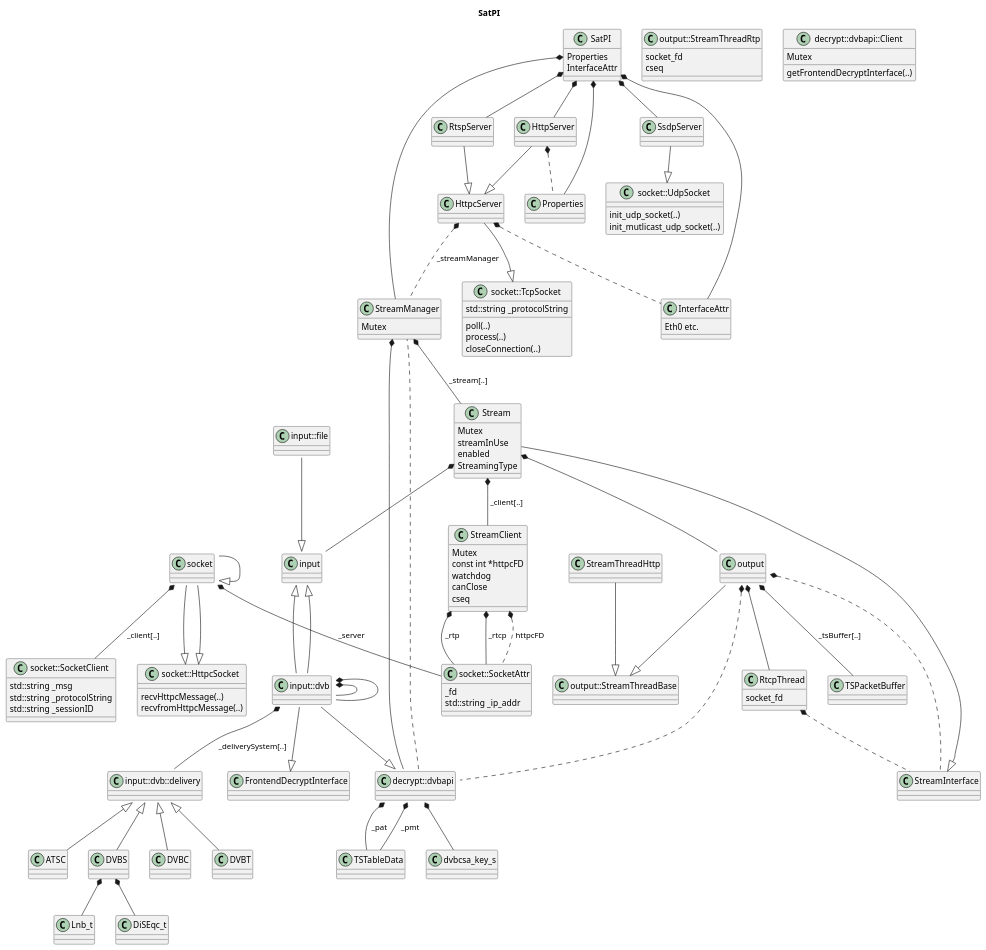
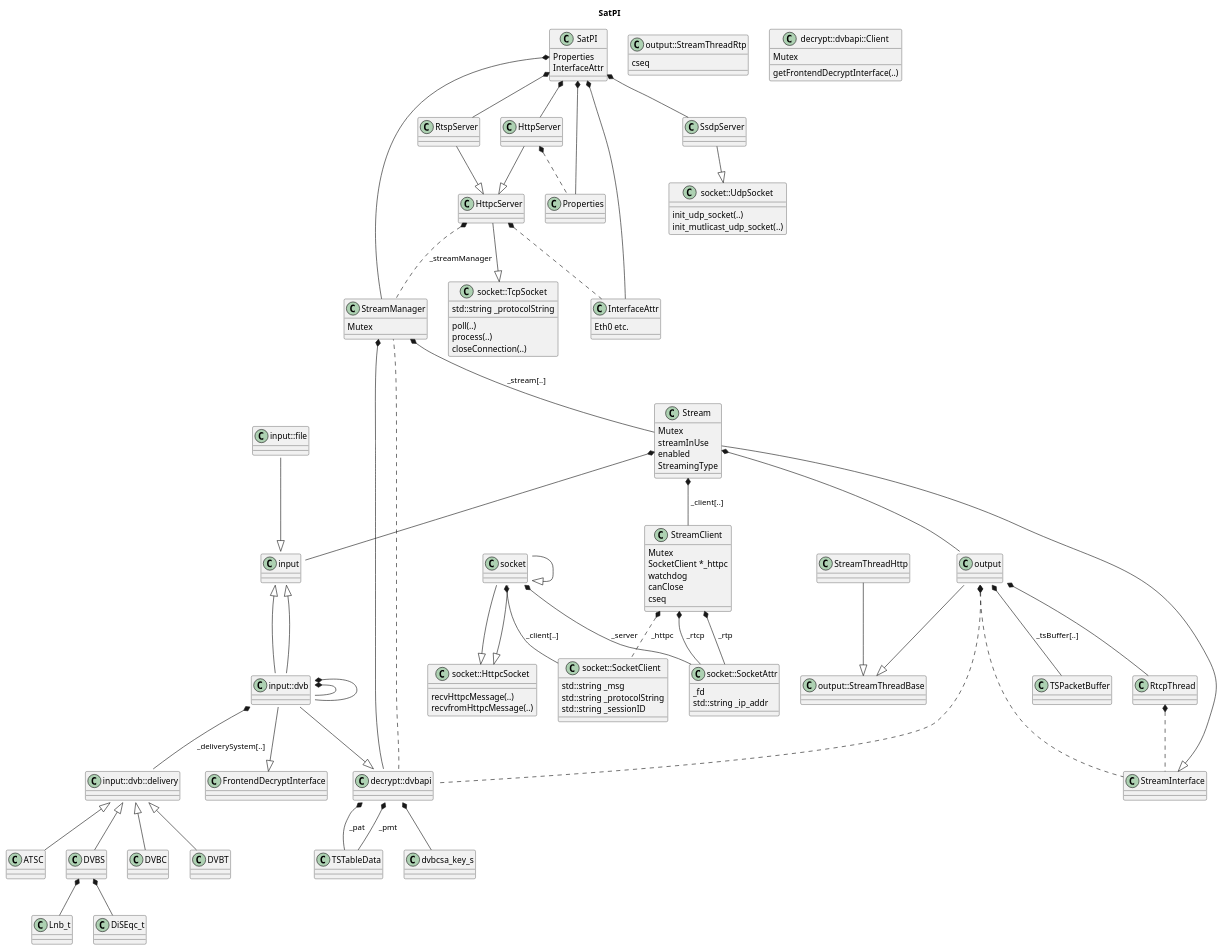
The diagram in SatPI.plantuml (Barracuda09/SATPI), drawn with PlantUML before and after one commit. The commit also changed 47 other files, not shown here.

```diff
--- a/SatPI.plantuml
+++ b/SatPI.plantuml
@@ -1,150 +1,148 @@
 @startuml
 
 hide footbox
 
 title SatPI
 
 SatPI *-- StreamManager
 SatPI *-- RtspServer
 SatPI *-- HttpServer
 SatPI *-- SsdpServer
 SatPI *-- Properties
 SatPI *-- InterfaceAttr
 
 
 class SatPI {
   Properties
   InterfaceAttr
 }
 
 class InterfaceAttr {
   Eth0 etc.
 }
 
 class socket::HttpcSocket {
   recvHttpcMessage(..)
   recvfromHttpcMessage(..)
 }
 
 socket::SocketClient --|> socket::SocketAttr
 class socket::SocketClient {
   std::string _msg
   std::string _protocolString
   std::string _sessionID
 }
 
 class socket::SocketAttr {
   _fd
   std::string _ip_addr
 }
 
 socket::TcpSocket --|> socket::HttpcSocket
 socket::TcpSocket *-- socket::SocketAttr : "_server"
 socket::TcpSocket *-- socket::SocketClient : "_client[..]"
 class socket::TcpSocket {
   poll(..)
   process(..)
   closeConnection(..)
   std::string _protocolString
 }
 
 socket::UdpSocket --|> socket::HttpcSocket
 class socket::UdpSocket {
   init_udp_socket(..)
   init_mutlicast_udp_socket(..)
 }
 
 SsdpServer --|> socket::UdpSocket
 
 RtspServer --|> HttpcServer
 
 HttpServer --|> HttpcServer
 HttpServer *.. Properties
 
 HttpcServer --|> socket::TcpSocket
 HttpcServer *.. StreamManager : "_streamManager"
 HttpcServer *.. InterfaceAttr
 
 Stream --|> StreamInterface
 Stream *-- StreamClient : " _client[..] "
 Stream *-- input::Device
 Stream *-- output::StreamThreadBase
 class Stream {
   Mutex
   streamInUse
   enabled
   StreamingType
 }
 
 StreamManager *-- Stream : " _stream[..] "
 StreamManager *-- decrypt::dvbapi::Client
 class StreamManager {
   Mutex
 }
 
 StreamClient *-- socket::SocketAttr : " _rtp "
 StreamClient *-- socket::SocketAttr : " _rtcp "
-StreamClient *.. socket::SocketAttr : " httpcFD "
+StreamClient *.. socket::SocketClient : " _httpc "
 class StreamClient {
   Mutex
-  const int *httpcFD
+  SocketClient *_httpc
   watchdog
   canClose
   cseq
 }
 
 output::StreamThreadBase *.. decrypt::dvbapi::Client
 output::StreamThreadBase *-- TSPacketBuffer : " _tsBuffer[..] "
 output::StreamThreadBase *.. StreamInterface
 class output::StreamThreadBase {
 }
 
 
 output::StreamThreadRtp --|> output::StreamThreadBase
 output::StreamThreadRtp *-- RtcpThread
 class output::StreamThreadRtp {
-  socket_fd
   cseq
 }
 
 RtcpThread *.. StreamInterface
 class RtcpThread {
-  socket_fd
 }
 
 StreamThreadHttp --|> output::StreamThreadBase
 
 decrypt::dvbapi::Client  .  StreamManager
 class decrypt::dvbapi::Client {
   Mutex
   getFrontendDecryptInterface(..)
 }
 
 input::file::TSReader --|> input::Device
 
 input::Device <|-- input::dvb::Frontend
 
 input::dvb::Frontend --|> FrontendDecryptInterface
 input::dvb::Frontend *-- input::dvb::delivery::System : " _deliverySystem[..] "
 input::dvb::Frontend *-- input::dvb::FrontendData
 
 
 input::dvb::delivery::System <|-- DVBS
 input::dvb::delivery::System <|-- DVBC
 input::dvb::delivery::System <|-- DVBT
 input::dvb::delivery::System <|-- ATSC
 
 
 DVBS *-- Lnb_t
 DVBS *-- DiSEqc_t
 
 decrypt::dvbapi::ClientProperties *-- dvbcsa_key_s
 decrypt::dvbapi::ClientProperties *-- TSTableData : " _pat "
 decrypt::dvbapi::ClientProperties *-- TSTableData : " _pmt "
 
 input::DeviceData <|-- input::dvb::FrontendData
 
 input::dvb::FrontendData --|> decrypt::dvbapi::ClientProperties
 input::dvb::FrontendData *-- input::dvb::PidTable
 
 @enduml
```
